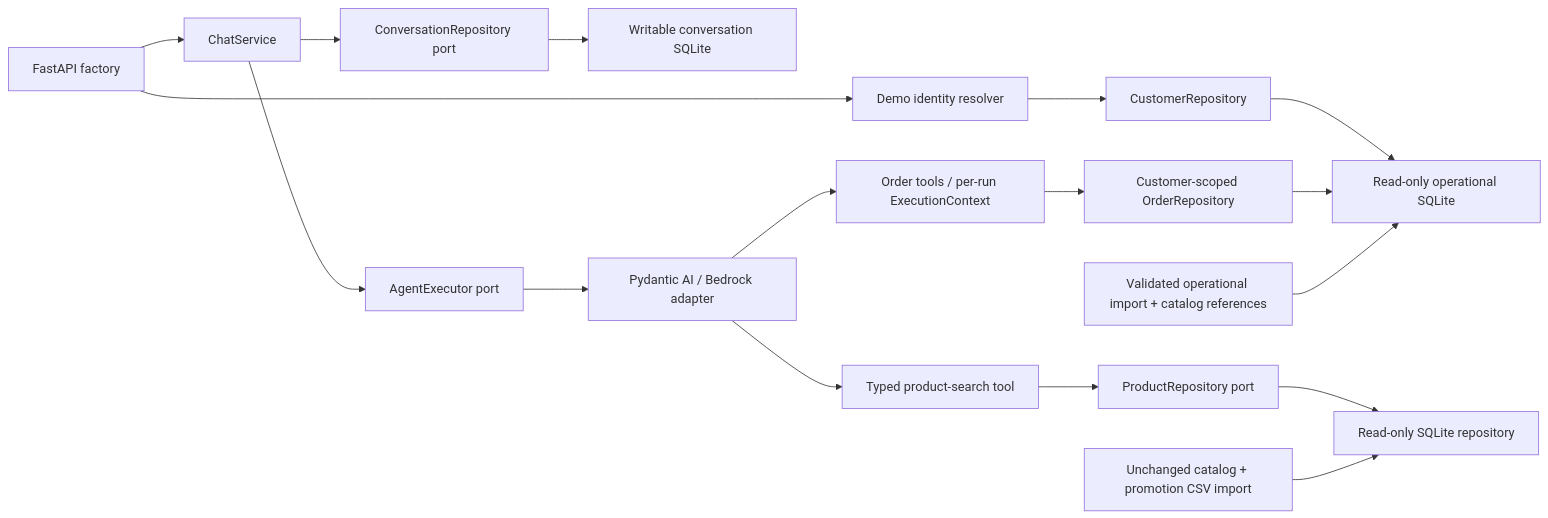
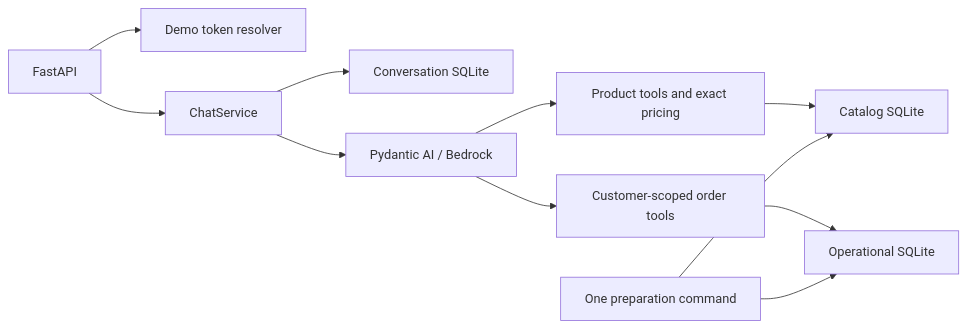
One commit to rafaself/atf-ai-engineer-challenge changed the diagram in docs/architecture.md. Above: the diagram before and after it, drawn with Mermaid. The commit also changed other lines of this file and 10 other files, not shown here.

````diff
--- a/docs/architecture.md
+++ b/docs/architecture.md
@@ -6,19 +8,13 @@
 ```mermaid
 flowchart LR
-    HTTP[FastAPI factory] --> Identity[Demo identity resolver]
-    Identity --> Customers[CustomerRepository]
-    Customers --> Operations[Read-only operational SQLite]
-    HTTP --> Service[ChatService]
-    Service --> Executor[AgentExecutor port]
-    Service --> History[ConversationRepository port]
-    History --> Sessions[Writable conversation SQLite]
-    Executor --> Adapter[Pydantic AI / Bedrock adapter]
-    Adapter --> Tool[Typed product-search tool]
-    Adapter --> Orders[Order tools / per-run ExecutionContext]
-    Orders --> OrderPort[Customer-scoped OrderRepository]
-    OrderPort --> Operations
-    OperationalCSV[Validated operational import + catalog references] --> Operations
-    Tool --> Port[ProductRepository port]
-    Port --> SQLite[Read-only SQLite repository]
-    CSV[Unchanged catalog + promotion CSV import] --> SQLite
+    HTTP[FastAPI] --> Identity[Demo token resolver]
+    HTTP --> Chat[ChatService]
+    Chat --> History[Conversation SQLite]
+    Chat --> Agent[Pydantic AI / Bedrock]
+    Agent --> Products[Product tools and exact pricing]
+    Agent --> Orders[Customer-scoped order tools]
+    Products --> Catalog[Catalog SQLite]
+    Orders --> Operations[Operational SQLite]
+    Prepare[One preparation command] --> Catalog
+    Prepare --> Operations
 ```
````
